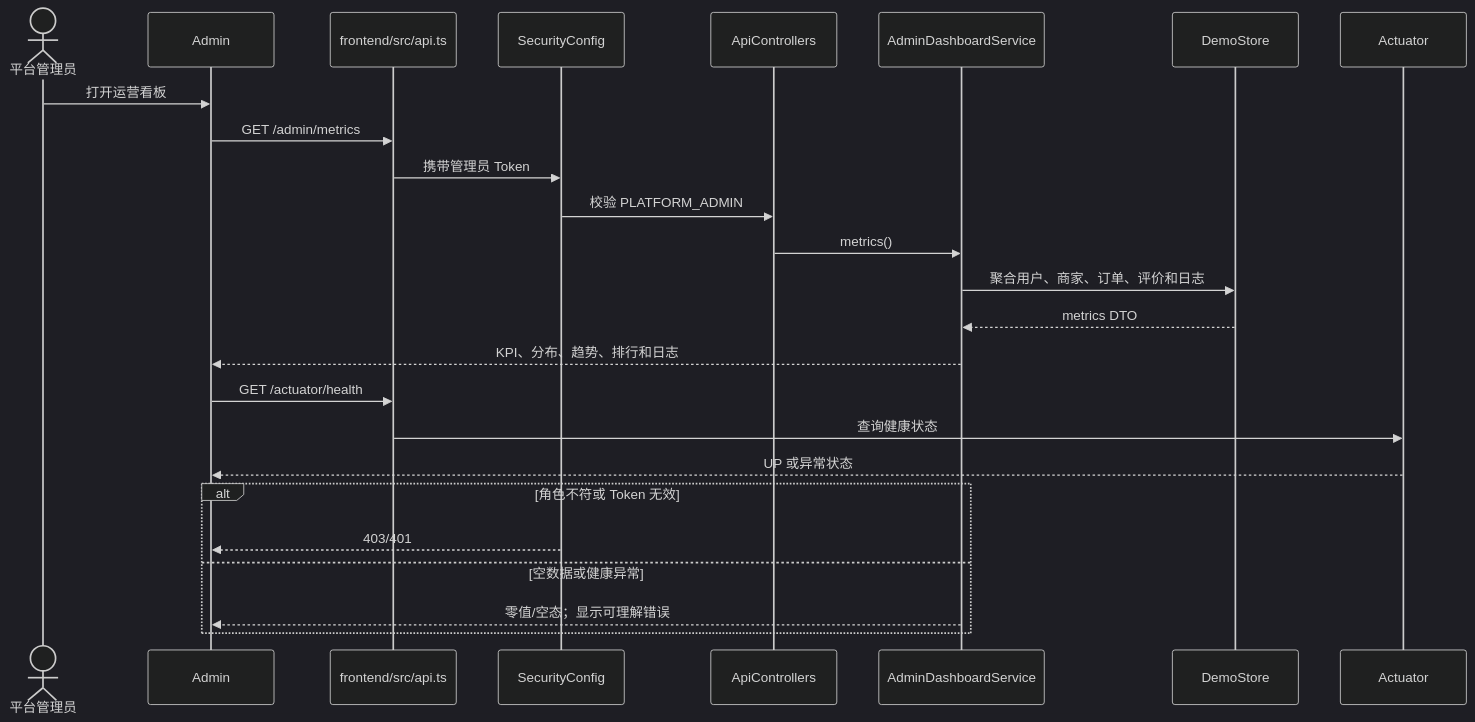
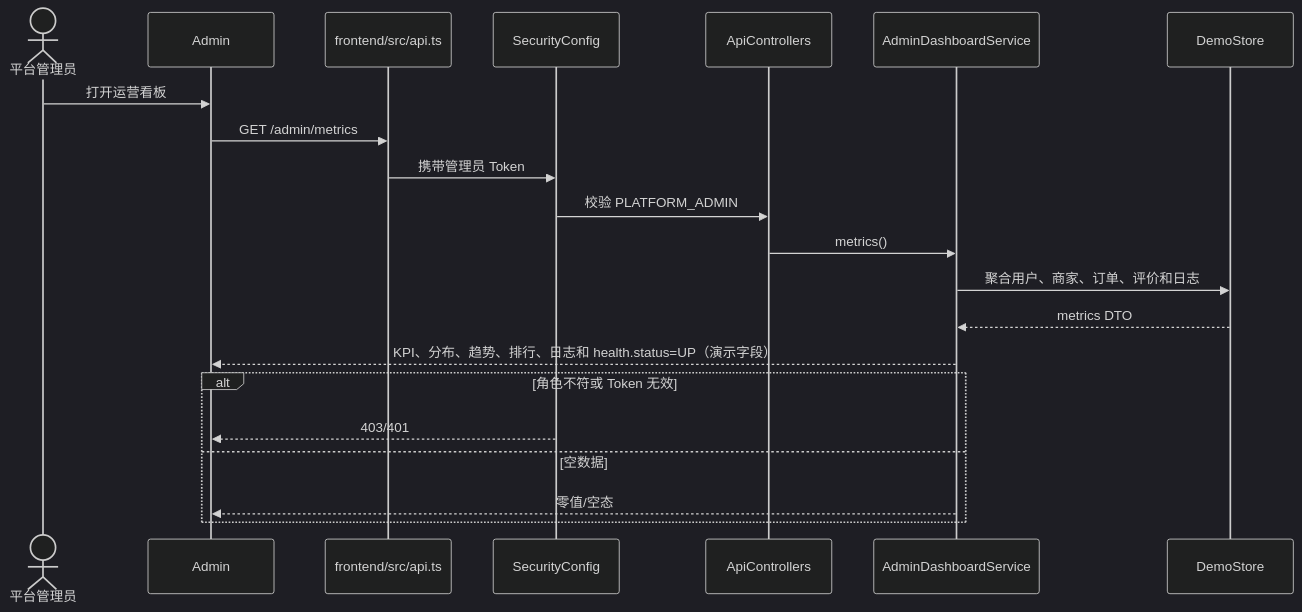
One commit to daihao007/Lumalife changed the diagram in docs/diagrams/d04/UC09-COMP-UC09.mmd. Above: the diagram before and after it, drawn with Mermaid (dark theme). The commit also changed 4 other files, not shown here.

```diff
--- a/docs/diagrams/d04/UC09-COMP-UC09.mmd
+++ b/docs/diagrams/d04/UC09-COMP-UC09.mmd
@@ -1,25 +1,21 @@
 sequenceDiagram
     actor Admin as 平台管理员
     participant UI as Admin
     participant API as frontend/src/api.ts
     participant Sec as SecurityConfig
     participant Ctrl as ApiControllers
     participant Dashboard as AdminDashboardService
     participant Store as DemoStore
-    participant Actuator as Actuator
     Admin->>UI: 打开运营看板
     UI->>API: GET /admin/metrics
     API->>Sec: 携带管理员 Token
     Sec->>Ctrl: 校验 PLATFORM_ADMIN
     Ctrl->>Dashboard: metrics()
     Dashboard->>Store: 聚合用户、商家、订单、评价和日志
     Store-->>Dashboard: metrics DTO
-    Dashboard-->>UI: KPI、分布、趋势、排行和日志
-    UI->>API: GET /actuator/health
-    API->>Actuator: 查询健康状态
-    Actuator-->>UI: UP 或异常状态
+    Dashboard-->>UI: KPI、分布、趋势、排行、日志和 health.status=UP（演示字段）
     alt 角色不符或 Token 无效
         Sec-->>UI: 403/401
-    else 空数据或健康异常
-        Dashboard-->>UI: 零值/空态；显示可理解错误
+    else 空数据
+        Dashboard-->>UI: 零值/空态
     end
```
